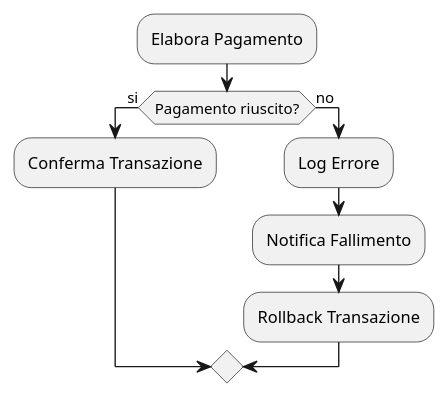
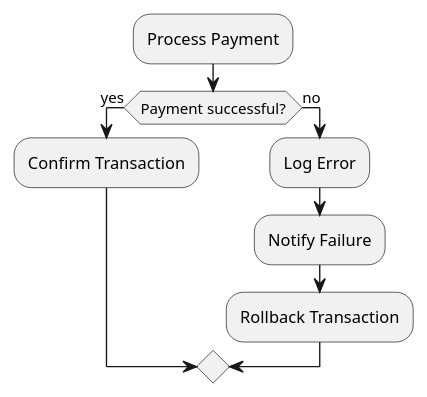
Before and after one commit to Seniorsimo/sas-template: diagram 16 of 25 in 03-behavioral-diagrams/activity-diagrams/README.md, drawn with PlantUML. The commit also changed other lines of this file and 49 other files, not shown here.

````diff
--- a/03-behavioral-diagrams/activity-diagrams/README.md
+++ b/03-behavioral-diagrams/activity-diagrams/README.md
@@ -245,10 +245,10 @@
 ```plantuml
-:Elabora Pagamento;
-if (Pagamento riuscito?) then (si)
-  :Conferma Transazione;
+:Process Payment;
+if (Payment successful?) then (yes)
+  :Confirm Transaction;
 else (no)
-  :Log Errore;
-  :Notifica Fallimento;
-  :Rollback Transazione;
+  :Log Error;
+  :Notify Failure;
+  :Rollback Transaction;
 endif
 ```
````
